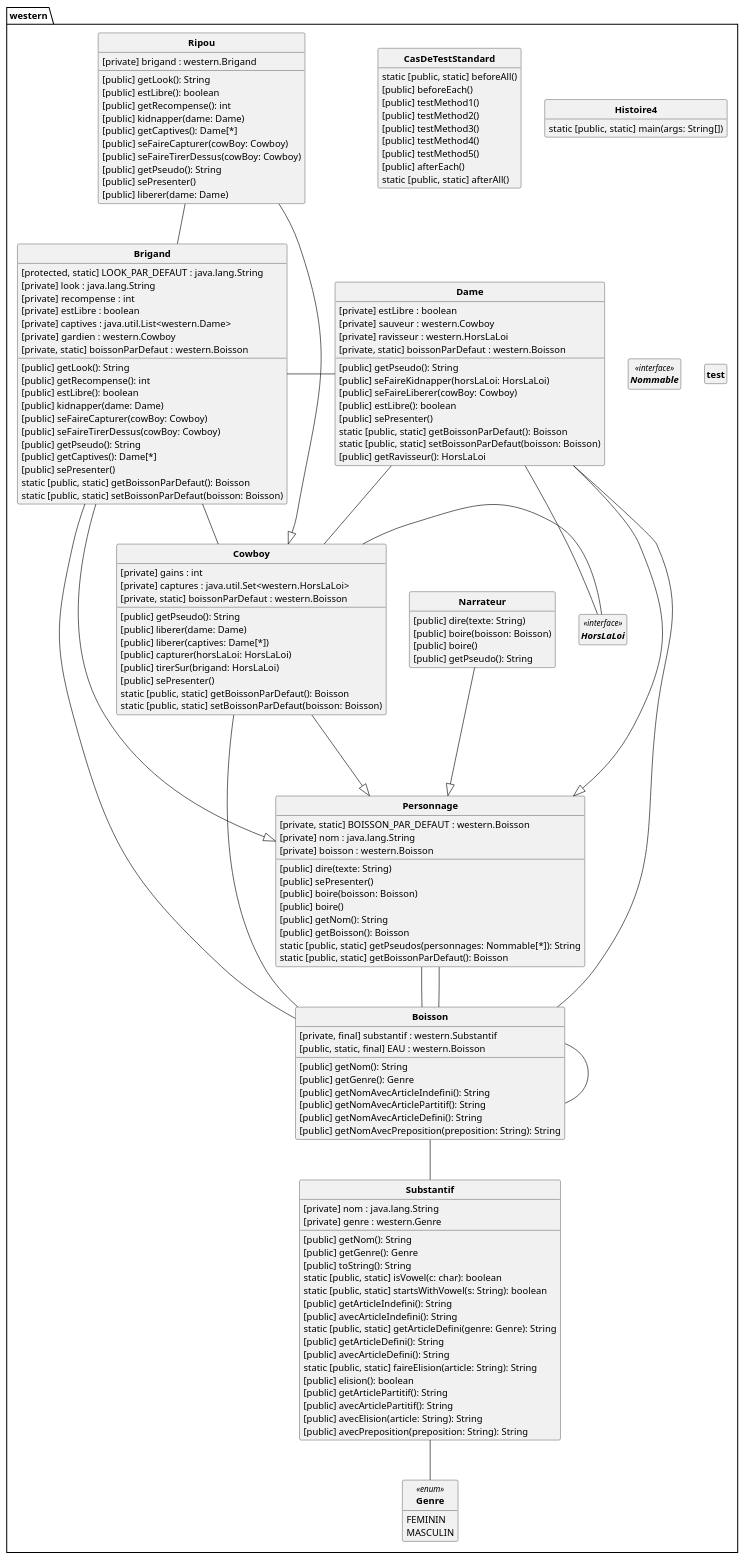
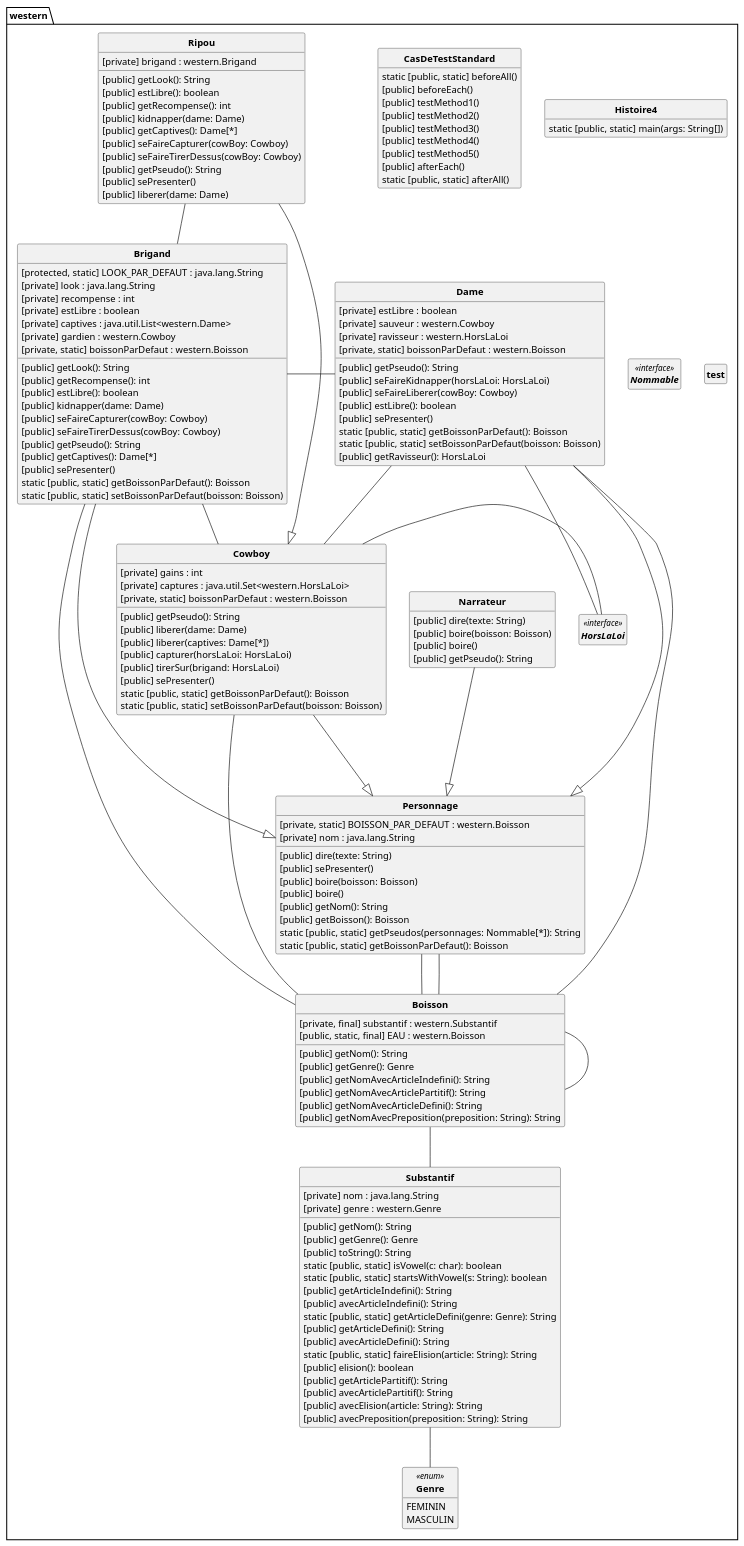
The diagram in src/pumlFromJava/DC_Western.puml (SylvainSchaefer/Java-to-PUML), drawn with PlantUML before and after one commit. The commit also changed 3 other files, not shown here.

```diff
--- a/src/pumlFromJava/DC_Western.puml
+++ b/src/pumlFromJava/DC_Western.puml
@@ -1,191 +1,192 @@
 @startuml
 'https://plantuml.com/class-diagram
 skinparam style strictuml
 skinparam classAttributeIconSize 0
 skinparam classFontStyle Bold
 hide empty members
 
 '''DCA + 
 Class western.Boisson{
 [private, final] substantif : western.Substantif
 [public, static, final] EAU : western.Boisson
 [public] getNom(): String
 [public] getGenre(): Genre
 [public] getNomAvecArticleIndefini(): String
 [public] getNomAvecArticlePartitif(): String
 [public] getNomAvecArticleDefini(): String
 [public] getNomAvecPreposition(preposition: String): String
 
 }
 western.Boisson -- western.Substantif
 western.Boisson -- western.Boisson
 
 
 Class western.Brigand{
 [protected, static] LOOK_PAR_DEFAUT : java.lang.String
 [private] look : java.lang.String
 [private] recompense : int
 [private] estLibre : boolean
 [private] captives : java.util.List<western.Dame>
 [private] gardien : western.Cowboy
 [public] getLook(): String
 [public] getRecompense(): int
 [public] estLibre(): boolean
 [public] kidnapper(dame: Dame)
 [public] seFaireCapturer(cowBoy: Cowboy)
 [public] seFaireTirerDessus(cowBoy: Cowboy)
 [public] getPseudo(): String
 [public] getCaptives(): Dame[*]
 [public] sePresenter()
 [private, static] boissonParDefaut : western.Boisson
 static [public, static] getBoissonParDefaut(): Boisson
 static [public, static] setBoissonParDefaut(boisson: Boisson)
 
 }
 western.Brigand - western.Dame
 western.Brigand -- western.Cowboy
 western.Brigand -- western.Boisson
 
 western.Brigand ---|> western.Personnage
 Class western.CasDeTestStandard{
 static [public, static] beforeAll()
 [public] beforeEach()
 [public] testMethod1()
 [public] testMethod2()
 [public] testMethod3()
 [public] testMethod4()
 [public] testMethod5()
 [public] afterEach()
 static [public, static] afterAll()
 
 }
 
 
 Class western.Cowboy{
 [private] gains : int
 [private] captures : java.util.Set<western.HorsLaLoi>
 [public] getPseudo(): String
 [public] liberer(dame: Dame)
 [public] liberer(captives: Dame[*])
 [public] capturer(horsLaLoi: HorsLaLoi)
 [public] tirerSur(brigand: HorsLaLoi)
 [public] sePresenter()
 [private, static] boissonParDefaut : western.Boisson
 static [public, static] getBoissonParDefaut(): Boisson
 static [public, static] setBoissonParDefaut(boisson: Boisson)
 
 }
 western.Cowboy - western.HorsLaLoi
 western.Cowboy -- western.Boisson
 
 western.Cowboy ---|> western.Personnage
 Class western.Dame{
 [private] estLibre : boolean
 [private] sauveur : western.Cowboy
 [private] ravisseur : western.HorsLaLoi
 [public] getPseudo(): String
 [public] seFaireKidnapper(horsLaLoi: HorsLaLoi)
 [public] seFaireLiberer(cowBoy: Cowboy)
 [public] estLibre(): boolean
 [public] sePresenter()
 [private, static] boissonParDefaut : western.Boisson
 static [public, static] getBoissonParDefaut(): Boisson
 static [public, static] setBoissonParDefaut(boisson: Boisson)
 [public] getRavisseur(): HorsLaLoi
 
 }
 western.Dame -- western.Cowboy
 western.Dame -- western.HorsLaLoi
 western.Dame -- western.Boisson
 
 western.Dame ---|> western.Personnage
 Enum western.Genre<<enum>> {
 FEMININ
 MASCULIN
 
 }
 Class western.Histoire4{
 static [public, static] main(args: String[])
 
 }
 
 
 Interface western.HorsLaLoi<<interface>> {
 }
 Class western.Narrateur{
 [public] dire(texte: String)
 [public] boire(boisson: Boisson)
 [public] boire()
 [public] getPseudo(): String
 
 }
 
 western.Narrateur ---|> western.Personnage
 Interface western.Nommable<<interface>> {
 }
 Class western.Personnage{
 [private, static] BOISSON_PAR_DEFAUT : western.Boisson
 [private] nom : java.lang.String
-[private] boisson : western.Boisson
+
+
 [public] dire(texte: String)
 [public] sePresenter()
 [public] boire(boisson: Boisson)
 [public] boire()
 [public] getNom(): String
 [public] getBoisson(): Boisson
 static [public, static] getPseudos(personnages: Nommable[*]): String
 static [public, static] getBoissonParDefaut(): Boisson
 
 }
 western.Personnage -- western.Boisson
 western.Personnage -- western.Boisson
 
 
 Class western.Ripou{
 [private] brigand : western.Brigand
 [public] getLook(): String
 [public] estLibre(): boolean
 [public] getRecompense(): int
 [public] kidnapper(dame: Dame)
 [public] getCaptives(): Dame[*]
 [public] seFaireCapturer(cowBoy: Cowboy)
 [public] seFaireTirerDessus(cowBoy: Cowboy)
 [public] getPseudo(): String
 [public] sePresenter()
 [public] liberer(dame: Dame)
 
 }
 western.Ripou -- western.Brigand
 
 western.Ripou ---|> western.Cowboy
 Class western.Substantif{
 [private] nom : java.lang.String
 [private] genre : western.Genre
 [public] getNom(): String
 [public] getGenre(): Genre
 [public] toString(): String
 static [public, static] isVowel(c: char): boolean
 static [public, static] startsWithVowel(s: String): boolean
 [public] getArticleIndefini(): String
 [public] avecArticleIndefini(): String
 static [public, static] getArticleDefini(genre: Genre): String
 [public] getArticleDefini(): String
 [public] avecArticleDefini(): String
 static [public, static] faireElision(article: String): String
 [public] elision(): boolean
 [public] getArticlePartitif(): String
 [public] avecArticlePartitif(): String
 [public] avecElision(article: String): String
 [public] avecPreposition(preposition: String): String
 
 }
 western.Substantif -- western.Genre
 
 
 Class western.test{
 
 }
 
 
 
 @enduml
```
